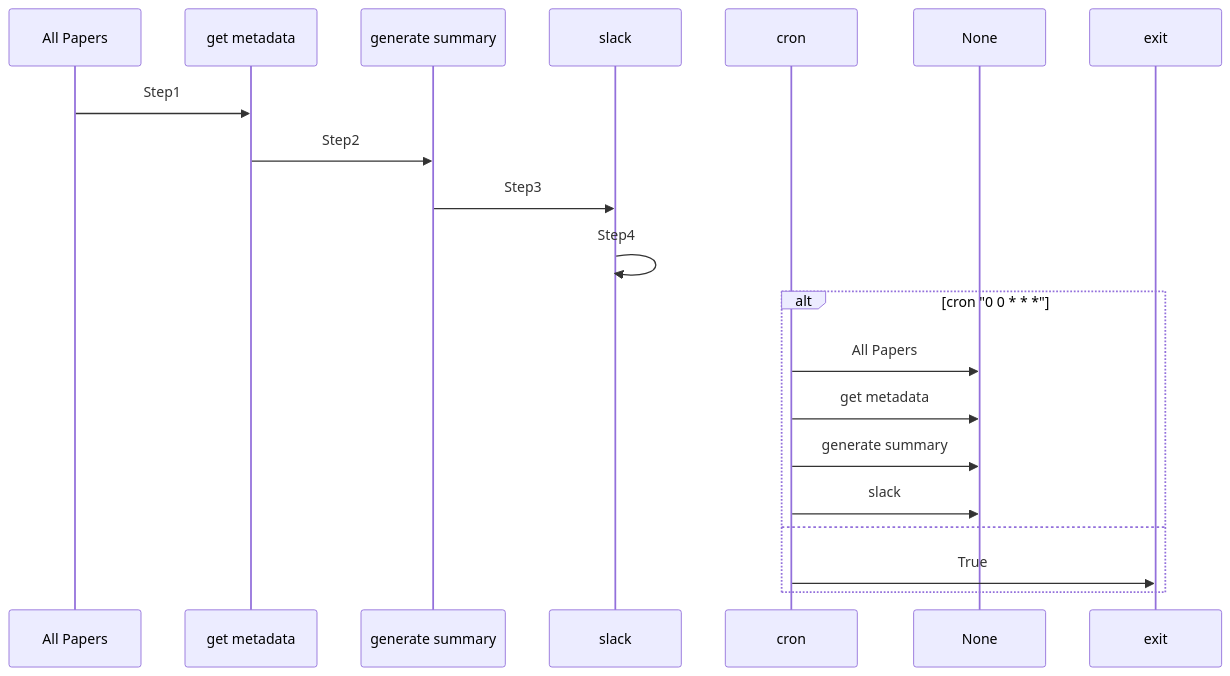
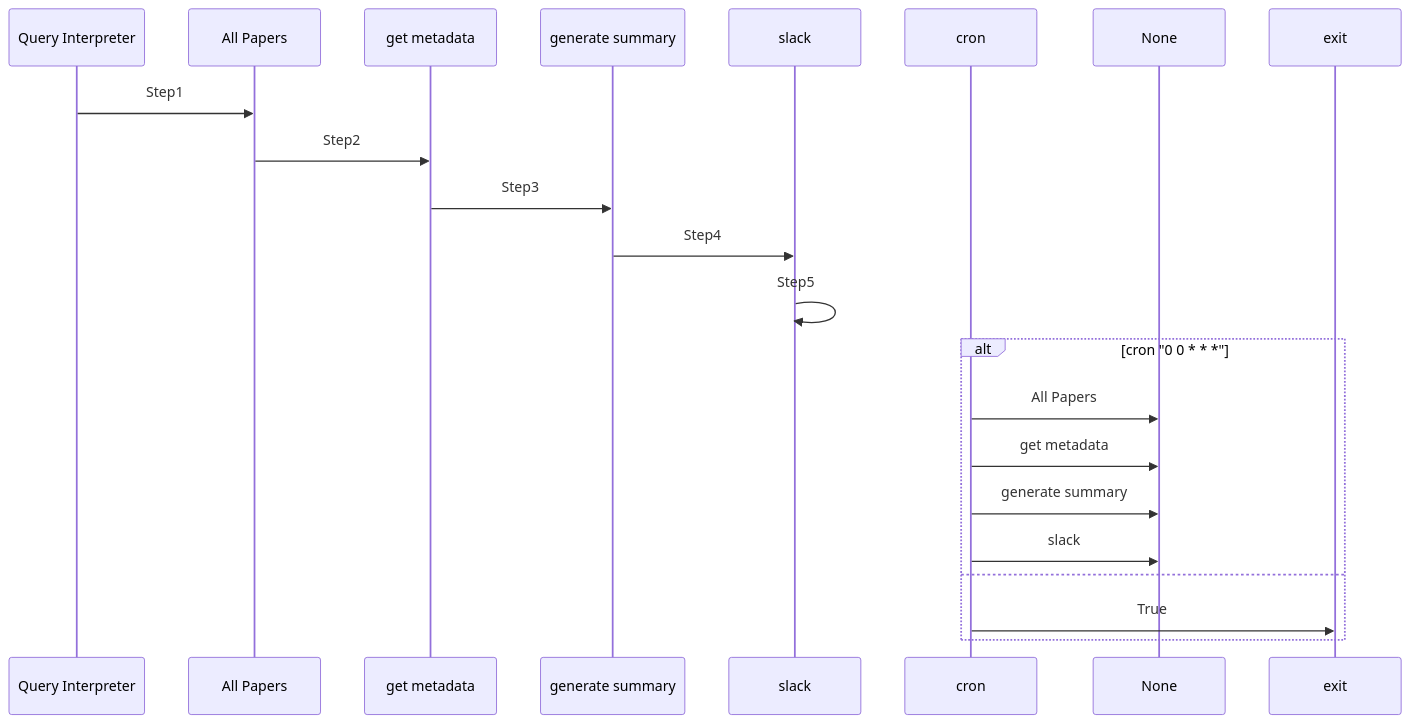
One commit to maximilien/maestro changed the diagram in demos/workflows/summary.ai/README.md. Above: the diagram before and after it, drawn with Mermaid. The commit also changed 2 other files, not shown here.

Commit message:
enhancement: added nlp agent for summary  (#470)
* added nlp agent

* mermaid diagram update

---------

````diff
--- a/demos/workflows/summary.ai/README.md
+++ b/demos/workflows/summary.ai/README.md
@@ -8,19 +8,21 @@
 ```mermaid
 sequenceDiagram
+participant Query Interpreter
 participant All Papers
 participant get metadata
 participant generate summary
 participant slack
-All Papers->>get metadata: Step1
-get metadata->>generate summary: Step2
-generate summary->>slack: Step3
-slack->>slack: Step4
+Query Interpreter->>All Papers: Step1
+All Papers->>get metadata: Step2
+get metadata->>generate summary: Step3
+generate summary->>slack: Step4
+slack->>slack: Step5
 alt cron "0 0 * * *"
   cron->>None: All Papers
   cron->>None: get metadata
   cron->>None: generate summary
   cron->>None: slack
 else
   cron->>exit: True
 end
 ```
````
